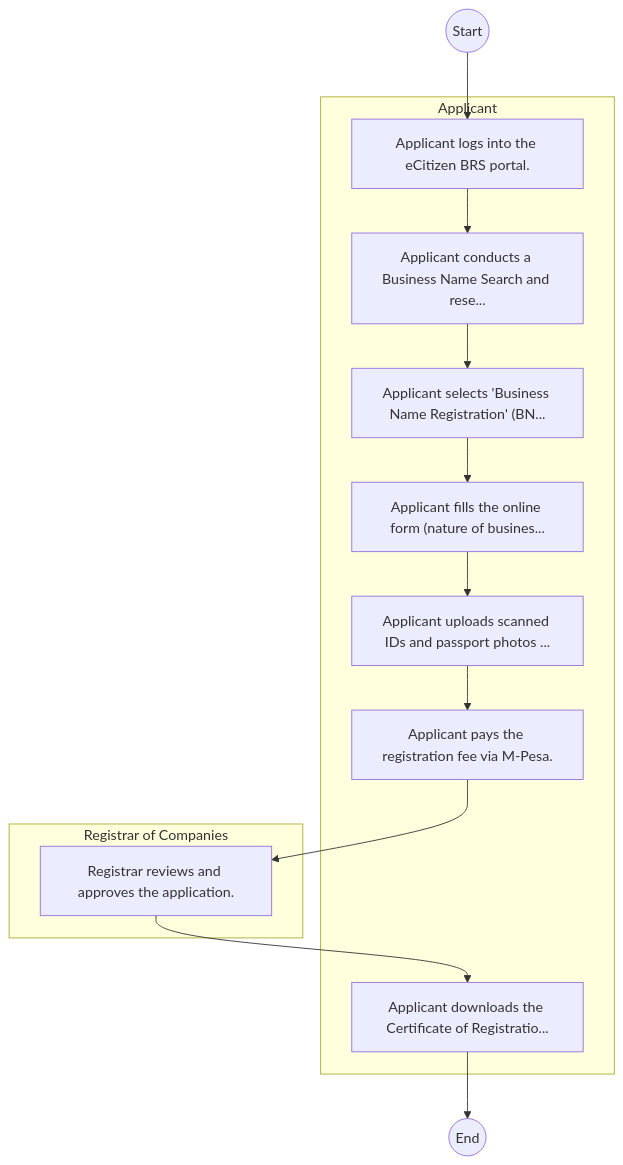
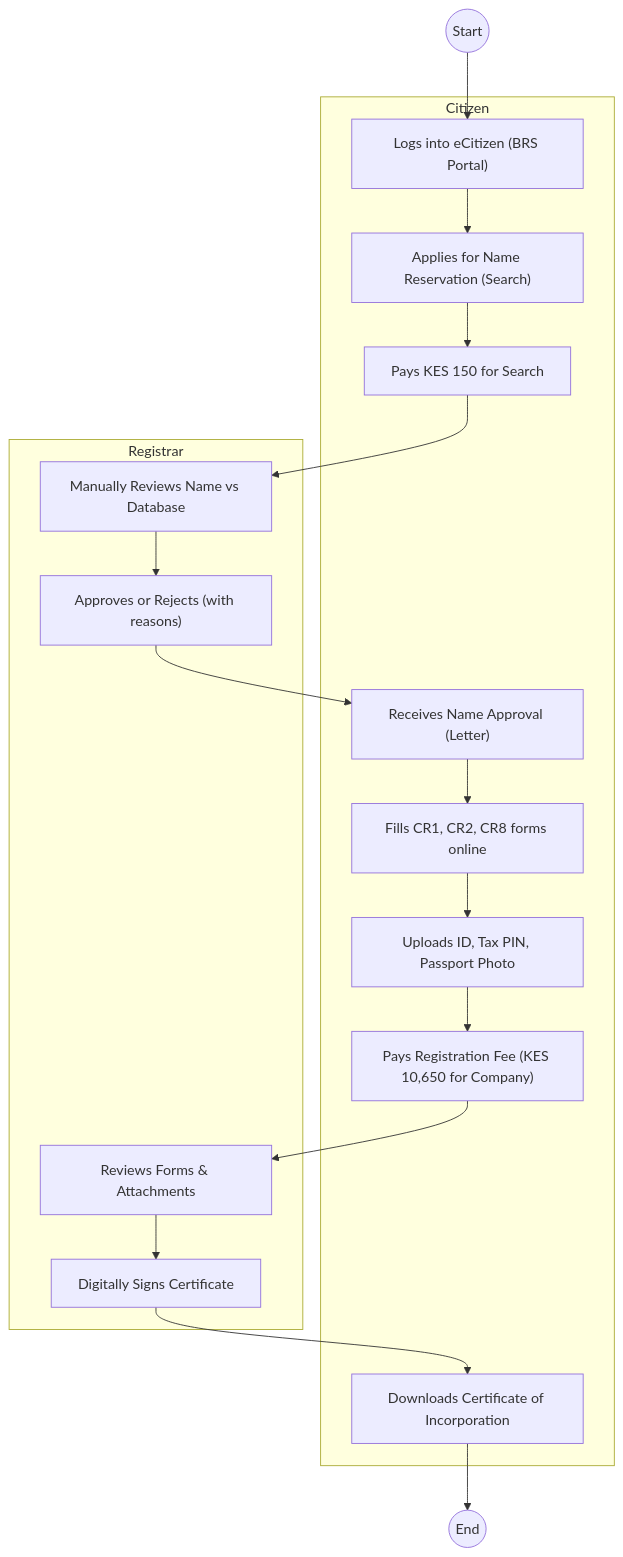
Before and after one commit to BITZ-IT-Consulting-LTD/ictapoc: the first of 2 diagrams in mdas/docs_final/Business_Registration_Service___Service_Delivery.md, drawn with Mermaid. The commit also changed other lines of this file and 60 other files, not shown here.

````diff
--- a/mdas/docs_final/Business_Registration_Service___Service_Delivery.md
+++ b/mdas/docs_final/Business_Registration_Service___Service_Delivery.md
@@ -20,24 +20,33 @@
 ```mermaid
 graph TD
     Start((Start)) --> S1
-    subgraph Applicant [Applicant]
-        S1["Applicant logs into the eCitizen BRS portal."]
-        S2["Applicant conducts a Business Name Search and rese..."]
-        S3["Applicant selects 'Business Name Registration' (BN..."]
-        S4["Applicant fills the online form (nature of busines..."]
-        S5["Applicant uploads scanned IDs and passport photos ..."]
-        S6["Applicant pays the registration fee via M-Pesa."]
-        S8["Applicant downloads the Certificate of Registratio..."]
+    subgraph Entrepreneur [Citizen]
+        S1["Logs into eCitizen (BRS Portal)"]
+        S2["Applies for Name Reservation (Search)"]
+        S3["Pays KES 150 for Search"]
+        S6["Receives Name Approval (Letter)"]
+        S7["Fills CR1, CR2, CR8 forms online"]
+        S8["Uploads ID, Tax PIN, Passport Photo"]
+        S9["Pays Registration Fee (KES 10,650 for Company)"]
+        S12["Downloads Certificate of Incorporation"]
     end
-    subgraph RegistrarofCompanies [Registrar of Companies]
-        S7["Registrar reviews and approves the application."]
+    subgraph BRSOfficer [Registrar]
+        S4["Manually Reviews Name vs Database"]
+        S5["Approves or Rejects (with reasons)"]
+        S10["Reviews Forms & Attachments"]
+        S11["Digitally Signs Certificate"]
     end
+    
     S1 --> S2
     S2 --> S3
     S3 --> S4
     S4 --> S5
     S5 --> S6
     S6 --> S7
     S7 --> S8
-    S8 --> End((End))
+    S8 --> S9
+    S9 --> S10
+    S10 --> S11
+    S11 --> S12
+    S12 --> End((End))
 ```
````
